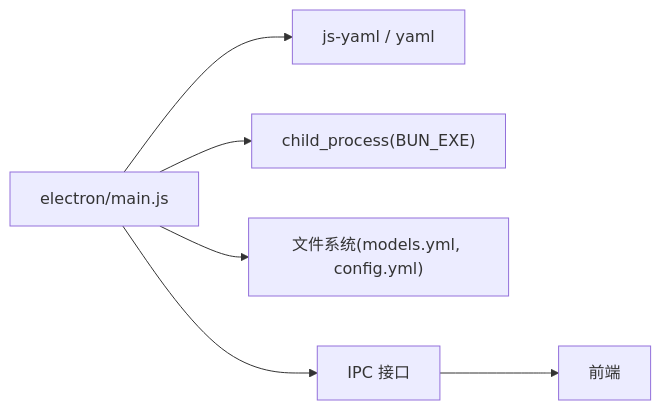
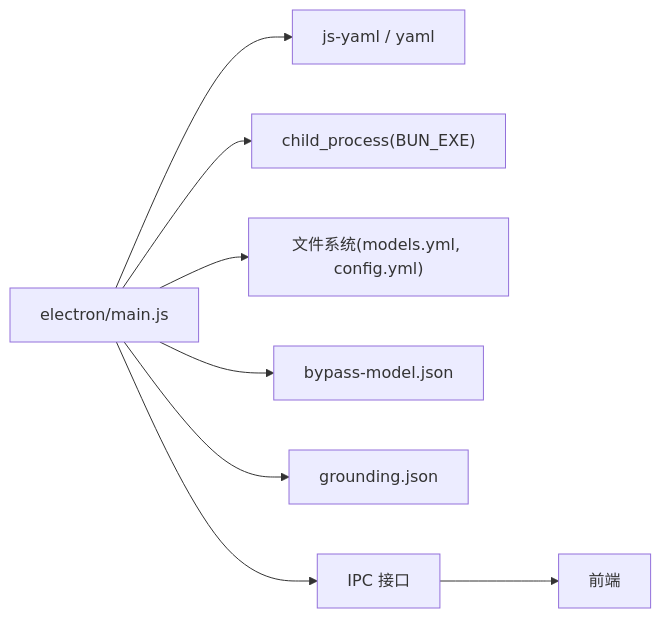
The sixth of 6 diagrams in .qoder/repowiki/zh/content/模型管理.md (swond-Mao/Tiffa), drawn with Mermaid before and after one commit. The commit also changed other lines of this file and 25 other files, not shown here.

````diff
--- a/.qoder/repowiki/zh/content/模型管理.md
+++ b/.qoder/repowiki/zh/content/模型管理.md
@@ -175,8 +280,10 @@
 ```mermaid
 graph LR
 Main["electron/main.js"] --> Yaml["js-yaml / yaml"]
 Main --> Child["child_process(BUN_EXE)"]
 Main --> FS["文件系统(models.yml, config.yml)"]
+Main --> Bypass["bypass-model.json"]
+Main --> Grounding["grounding.json"]
 Main --> IPC["IPC 接口"]
 IPC --> UI["前端"]
 ```
````
